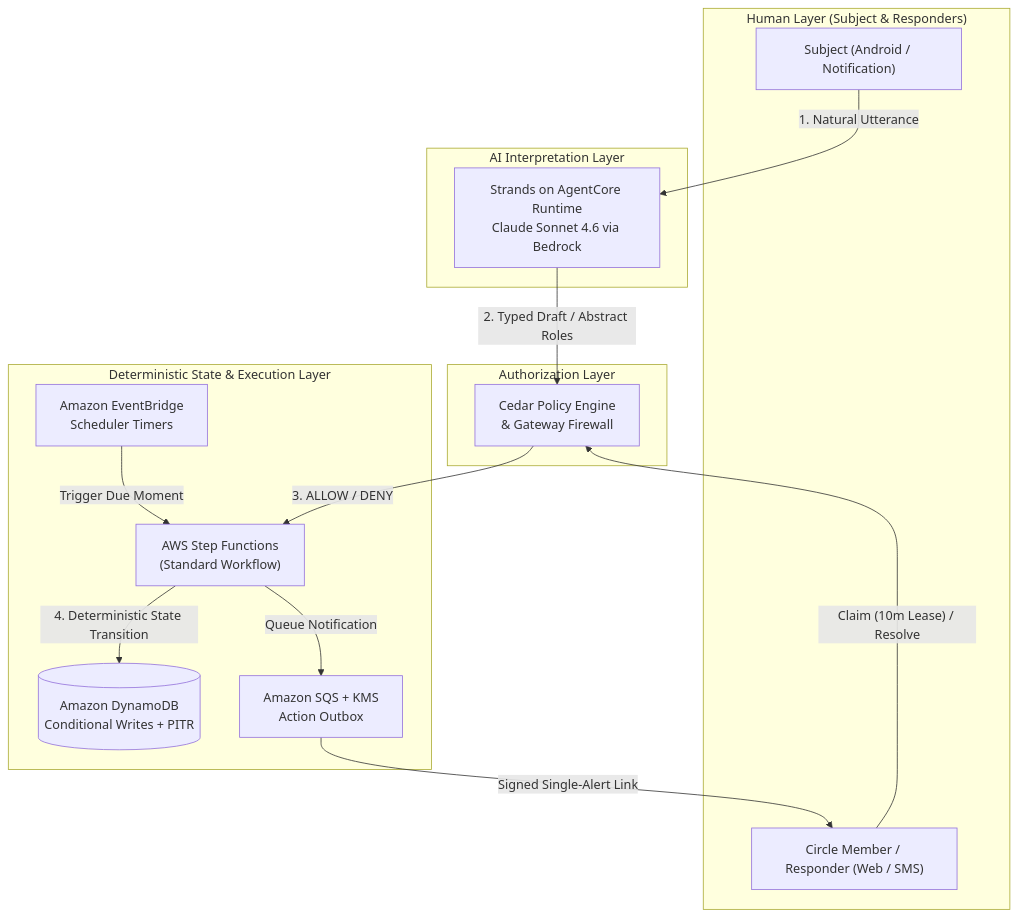
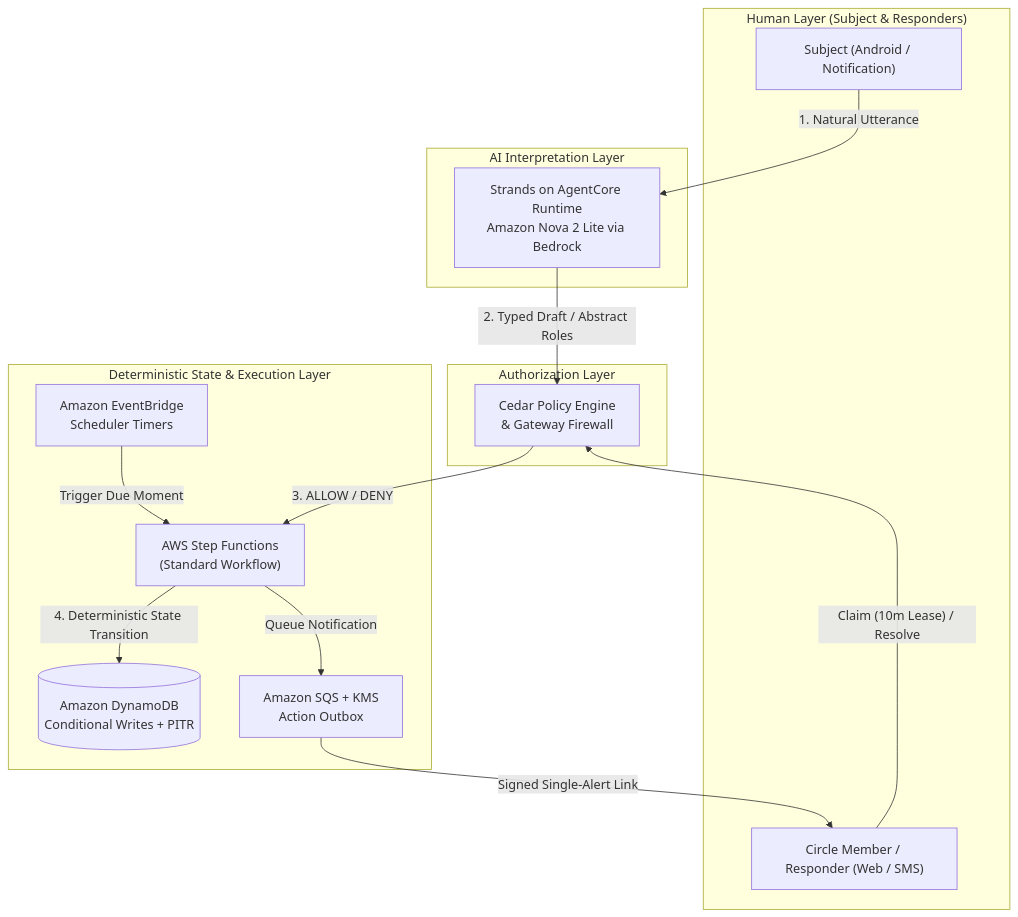
Before and after one commit to AmirmLotfy/incaseof: the first of 2 diagrams in README.md, drawn with Mermaid. The commit also changed other lines of this file and 21 other files, not shown here.

````diff
--- a/README.md
+++ b/README.md
@@ -113,31 +113,31 @@
 ```mermaid
 flowchart TD
     subgraph Human["Human Layer (Subject & Responders)"]
         User["Subject (Android / Notification)"]
         Resp["Circle Member / Responder (Web / SMS)"]
     end
 
     subgraph Interpret["AI Interpretation Layer"]
-        AgentCore["Strands on AgentCore Runtime<br/>Claude Sonnet 4.6 via Bedrock"]
+        AgentCore["Strands on AgentCore Runtime<br/>Amazon Nova 2 Lite via Bedrock"]
     end
 
     subgraph Auth["Authorization Layer"]
         Cedar["Cedar Policy Engine<br/>& Gateway Firewall"]
     end
 
     subgraph State["Deterministic State & Execution Layer"]
         SFN["AWS Step Functions<br/>(Standard Workflow)"]
         DDB[("Amazon DynamoDB<br/>Conditional Writes + PITR")]
         EB["Amazon EventBridge<br/>Scheduler Timers"]
         SQS["Amazon SQS + KMS<br/>Action Outbox"]
     end
 
     User -->|"1. Natural Utterance"| AgentCore
     AgentCore -->|"2. Typed Draft / Abstract Roles"| Cedar
     Cedar -->|"3. ALLOW / DENY"| SFN
     SFN -->|"4. Deterministic State Transition"| DDB
     EB -->|"Trigger Due Moment"| SFN
     SFN -->|"Queue Notification"| SQS
     SQS -->|"Signed Single-Alert Link"| Resp
     Resp -->|"Claim (10m Lease) / Resolve"| Cedar
 ```
````
